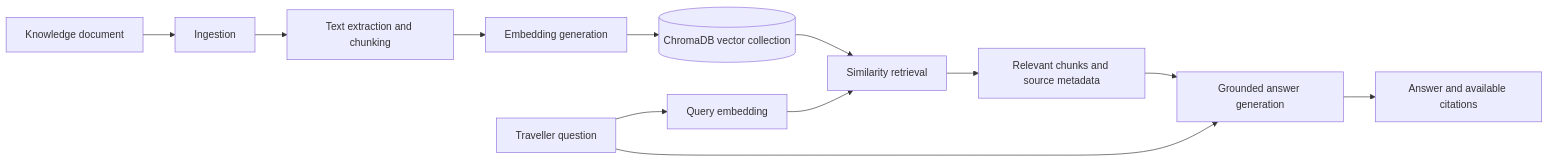
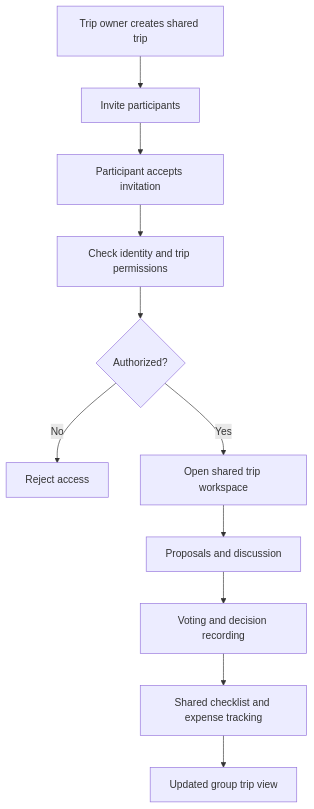
The third of 7 diagrams in README.md (patilshrutika1803/Grevix_AITripWeaver), drawn with Mermaid before and after one commit. The commit also changed other lines of this file, not shown here.

````diff
--- a/README.md
+++ b/README.md
@@ -219,14 +269,13 @@
 ```mermaid
-flowchart LR
-  A[Knowledge document] --> B[Ingestion]
-  B --> C[Text extraction and chunking]
-  C --> D[Embedding generation]
-  D --> E[(ChromaDB vector collection)]
-  Q[Traveller question] --> R[Query embedding]
-  R --> S[Similarity retrieval]
-  E --> S
-  S --> T[Relevant chunks and source metadata]
-  T --> U[Grounded answer generation]
-  Q --> U
-  U --> V[Answer and available citations]
+flowchart TD
+    A[Trip owner creates shared trip] --> B[Invite participants]
+    B --> C[Participant accepts invitation]
+    C --> D[Check identity and trip permissions]
+    D --> E{Authorized?}
+    E -- No --> F[Reject access]
+    E -- Yes --> G[Open shared trip workspace]
+    G --> H[Proposals and discussion]
+    H --> I[Voting and decision recording]
+    I --> J[Shared checklist and expense tracking]
+    J --> K[Updated group trip view]
 ```
````
